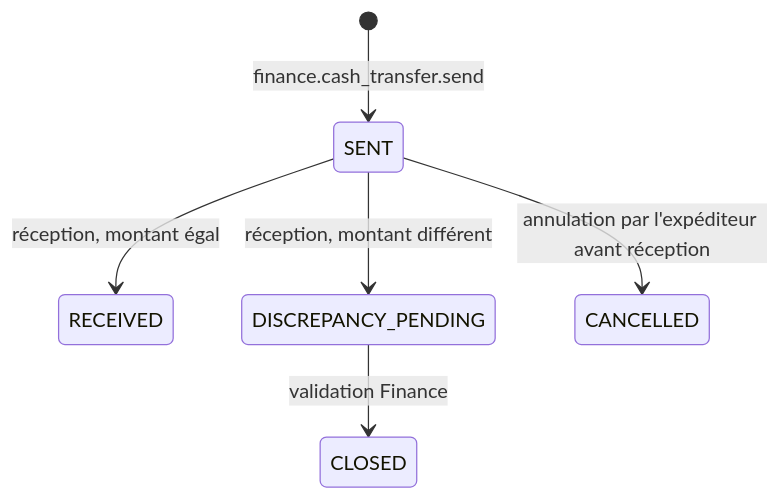
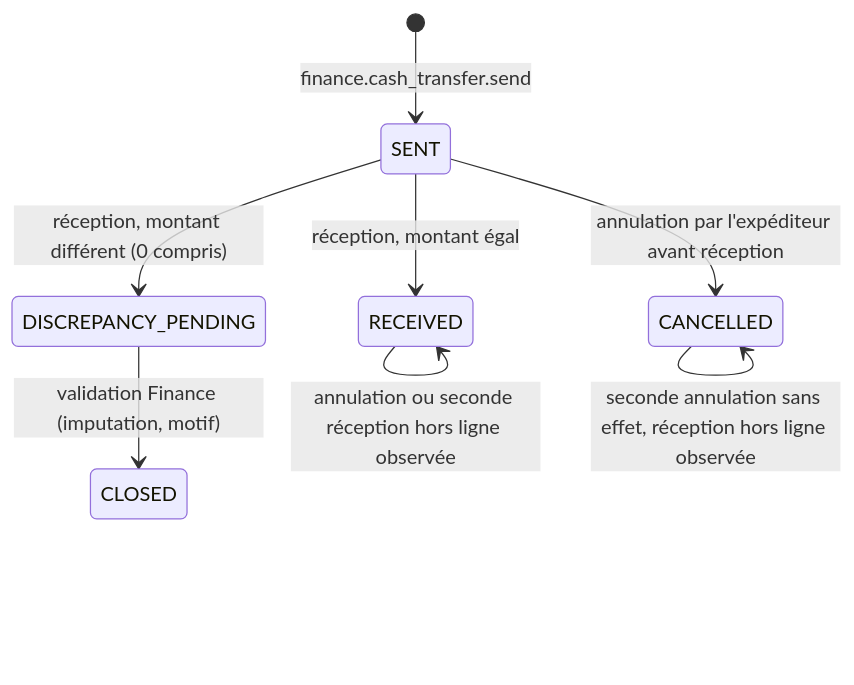
The sixth of 6 diagrams in docs/04-workflows/machines-a-etats/02-ventes-caisse.md (romiall/app.gic-agropelc), drawn with Mermaid before and after one commit. The commit also changed other lines of this file and 44 other files, not shown here.

````diff
--- a/docs/04-workflows/machines-a-etats/02-ventes-caisse.md
+++ b/docs/04-workflows/machines-a-etats/02-ventes-caisse.md
@@ -158,8 +158,10 @@
 ```mermaid
 stateDiagram-v2
   [*] --> SENT : finance.cash_transfer.send
   SENT --> RECEIVED : réception, montant égal
-  SENT --> DISCREPANCY_PENDING : réception, montant différent
-  DISCREPANCY_PENDING --> CLOSED : validation Finance
+  SENT --> DISCREPANCY_PENDING : réception, montant différent (0 compris)
+  DISCREPANCY_PENDING --> CLOSED : validation Finance (imputation, motif)
   SENT --> CANCELLED : annulation par l'expéditeur avant réception
+  CANCELLED --> CANCELLED : seconde annulation sans effet, réception hors ligne observée
+  RECEIVED --> RECEIVED : annulation ou seconde réception hors ligne observée
 ```
````
